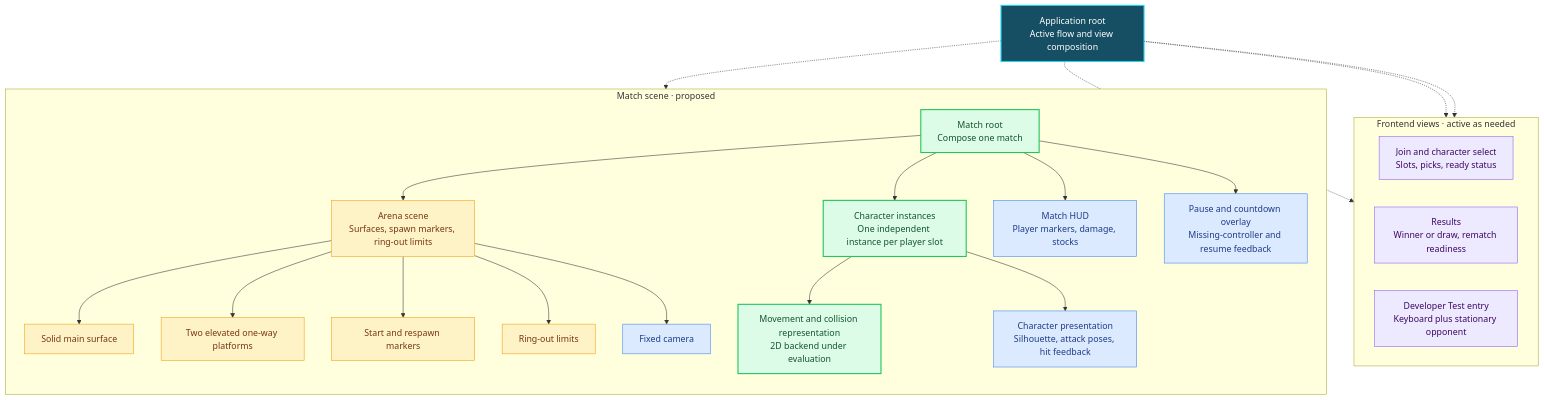
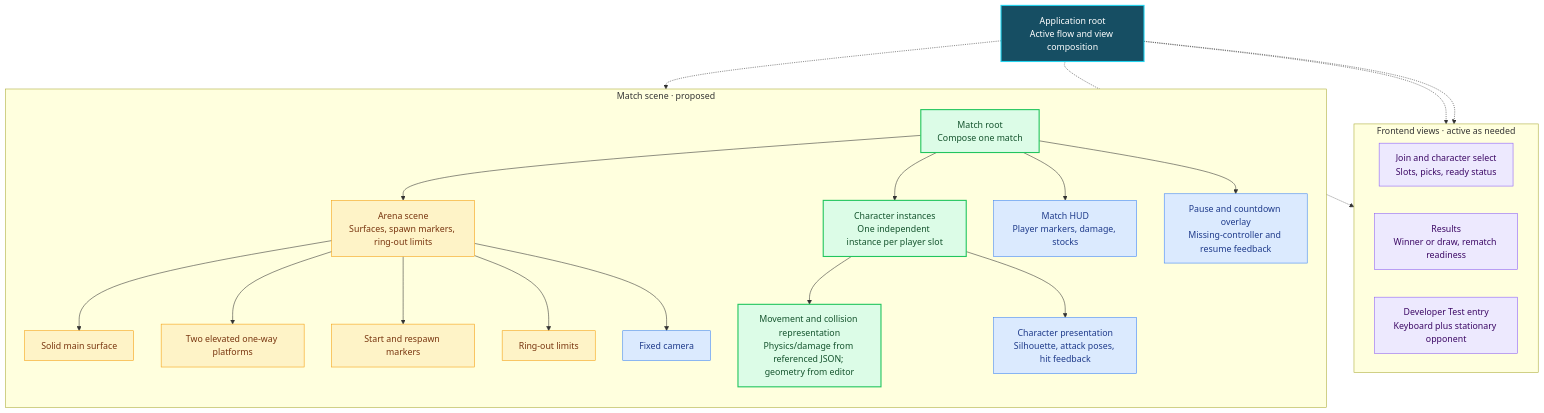
The first of 2 diagrams in docs/architecture/scene-map.md (Fusion2k/smash-fight), drawn with Mermaid before and after one commit. The commit also changed other lines of this file and 8 other files, not shown here.

````diff
--- a/docs/architecture/scene-map.md
+++ b/docs/architecture/scene-map.md
@@ -11,54 +11,54 @@
 ```mermaid
 flowchart TB
     App["Application root<br/>Active flow and view composition"]
 
     subgraph Frontend["Frontend views · active as needed"]
         direction LR
         Join["Join and character select<br/>Slots, picks, ready status"]
         Results["Results<br/>Winner or draw, rematch readiness"]
         Dev["Developer Test entry<br/>Keyboard plus stationary opponent"]
     end
 
     subgraph Gameplay["Match scene · proposed"]
         direction TB
         Match["Match root<br/>Compose one match"]
         Arena["Arena scene<br/>Surfaces, spawn markers, ring-out limits"]
         Characters["Character instances<br/>One independent instance per player slot"]
         HUD["Match HUD<br/>Player markers, damage, stocks"]
         Overlay["Pause and countdown overlay<br/>Missing-controller and resume feedback"]
         Match --> Arena
         Match --> Characters
         Match --> HUD
         Match --> Overlay
         Main["Solid main surface"]
         Platforms["Two elevated one-way platforms"]
         Markers["Start and respawn markers"]
         Limits["Ring-out limits"]
         Camera["Fixed camera"]
         Arena --> Main
         Arena --> Platforms
         Arena --> Markers
         Arena --> Limits
         Arena --> Camera
-        Body["Movement and collision representation<br/>2D backend under evaluation"]
+        Body["Movement and collision representation<br/>Physics/damage from referenced JSON; geometry from editor"]
         Visual["Character presentation<br/>Silhouette, attack poses, hit feedback"]
         Characters --> Body
         Characters --> Visual
     end
 
     App -.-> Join
     App -.-> Results
     App -.-> Dev
     App -.-> Match
 
     classDef application fill:#164e63,color:#ffffff,stroke:#22d3ee,stroke-width:2px;
     classDef flow fill:#ede9fe,color:#3b0764,stroke:#8b5cf6;
     classDef gameplay fill:#dcfce7,color:#14532d,stroke:#22c55e,stroke-width:2px;
     classDef content fill:#fef3c7,color:#78350f,stroke:#f59e0b;
     classDef presentation fill:#dbeafe,color:#1e3a8a,stroke:#3b82f6;
     class App application;
     class Join,Results,Dev flow;
     class Match,Characters,Body gameplay;
     class Arena,Main,Platforms,Markers,Limits content;
     class HUD,Overlay,Camera,Visual presentation;
 ```
````
